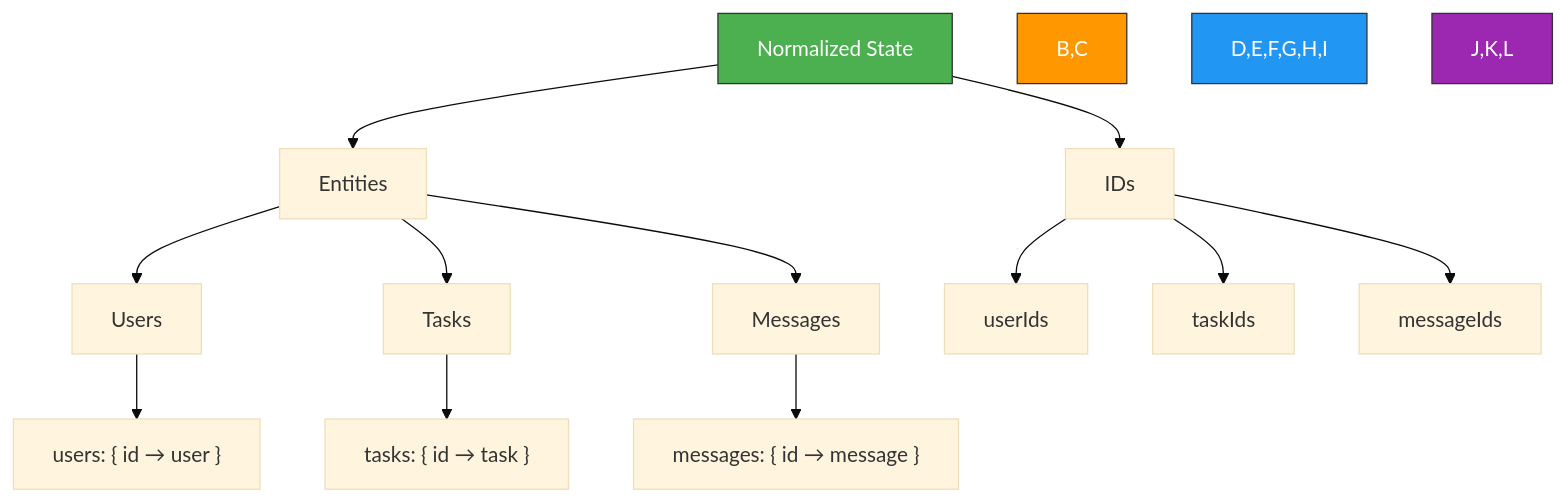
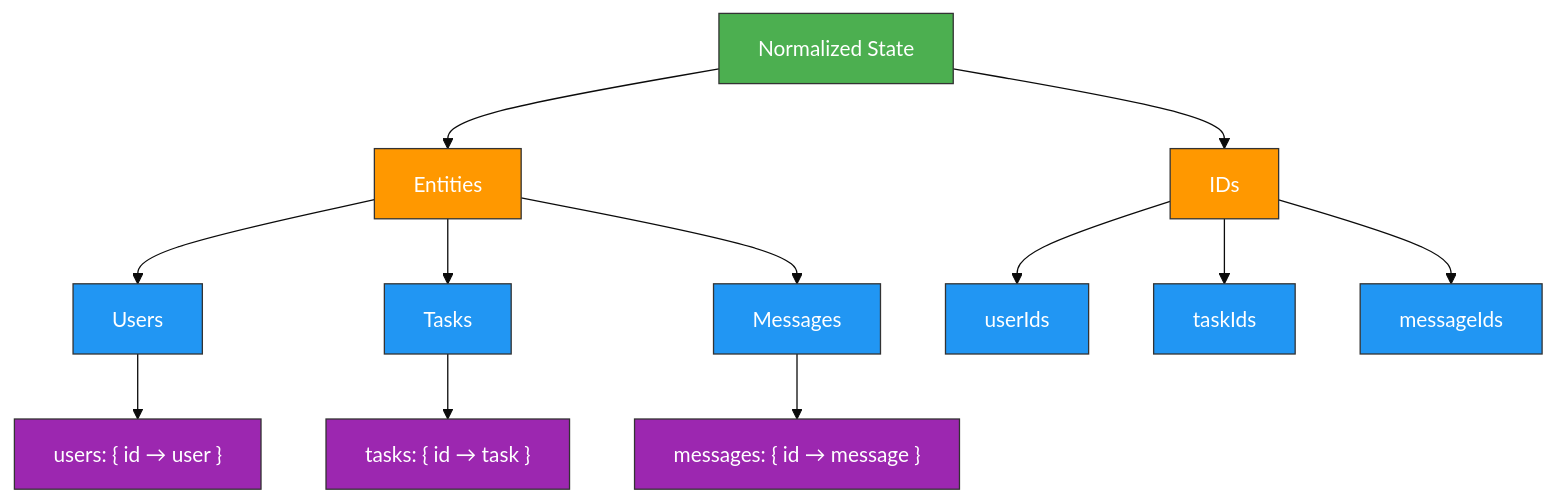
The fourth of 5 diagrams in TuPhung_Docs/docs/frontend/state-management.md (TuPhung369/Haaga_Backend_Programming), drawn with Mermaid (base theme) before and after one commit. The commit also changed other lines of this file and 25 other files, not shown here.

````diff
--- a/TuPhung_Docs/docs/frontend/state-management.md
+++ b/TuPhung_Docs/docs/frontend/state-management.md
@@ -221,22 +226,27 @@
 ```mermaid
 flowchart TD
     A[Normalized State] --> B[Entities]
     A --> C[IDs]
 
     B --> D[Users]
     B --> E[Tasks]
     B --> F[Messages]
 
     C --> G[userIds]
     C --> H[taskIds]
     C --> I[messageIds]
 
     D --> J["users: { id → user }"]
     E --> K["tasks: { id → task }"]
     F --> L["messages: { id → message }"]
 
-    style A fill:#4CAF50,stroke:#333,stroke-width:1px,color:#fff
-    style B,C fill:#FF9800,stroke:#333,stroke-width:1px,color:#fff
-    style D,E,F,G,H,I fill:#2196F3,stroke:#333,stroke-width:1px,color:#fff
-    style J,K,L fill:#9C27B0,stroke:#333,stroke-width:1px,color:#fff
+    classDef rootState fill:#4CAF50,stroke:#333,stroke-width:1px,color:#fff
+    classDef stateSection fill:#FF9800,stroke:#333,stroke-width:1px,color:#fff
+    classDef entityType fill:#2196F3,stroke:#333,stroke-width:1px,color:#fff
+    classDef entityMap fill:#9C27B0,stroke:#333,stroke-width:1px,color:#fff
+
+    class A rootState
+    class B,C stateSection
+    class D,E,F,G,H,I entityType
+    class J,K,L entityMap
 ```
````
